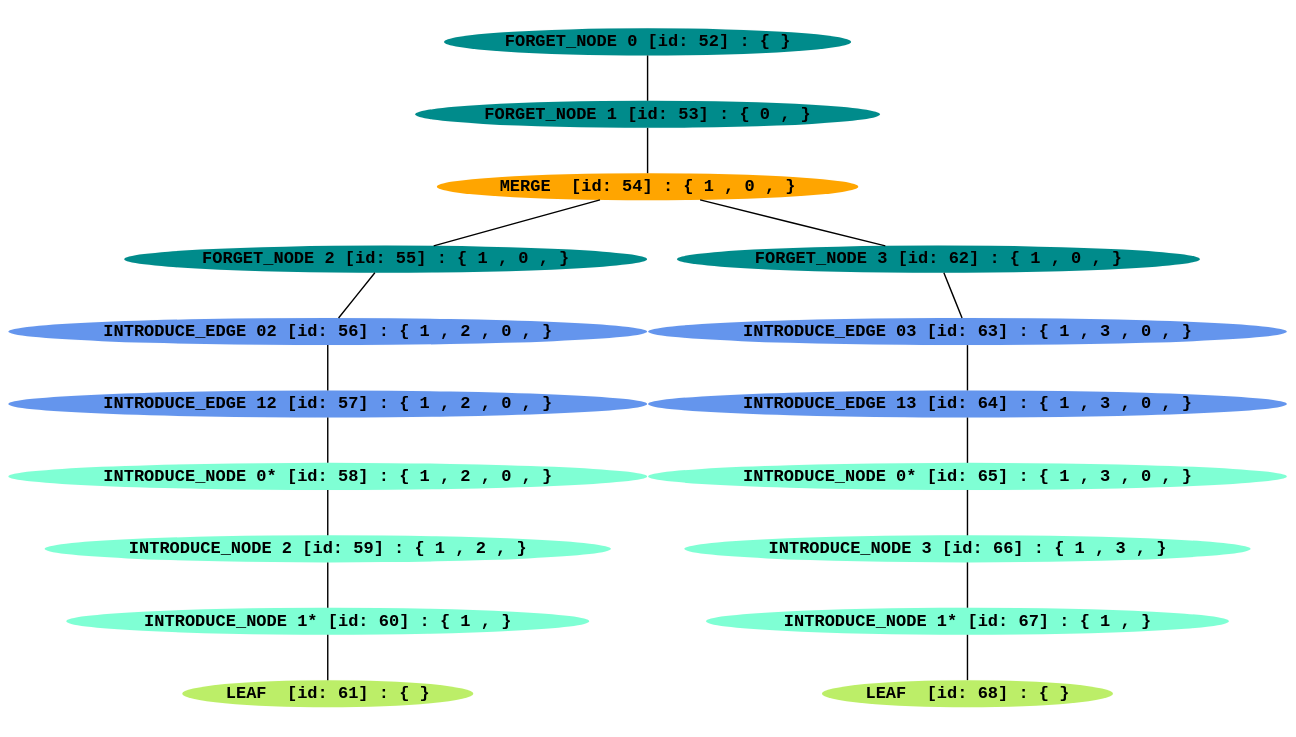
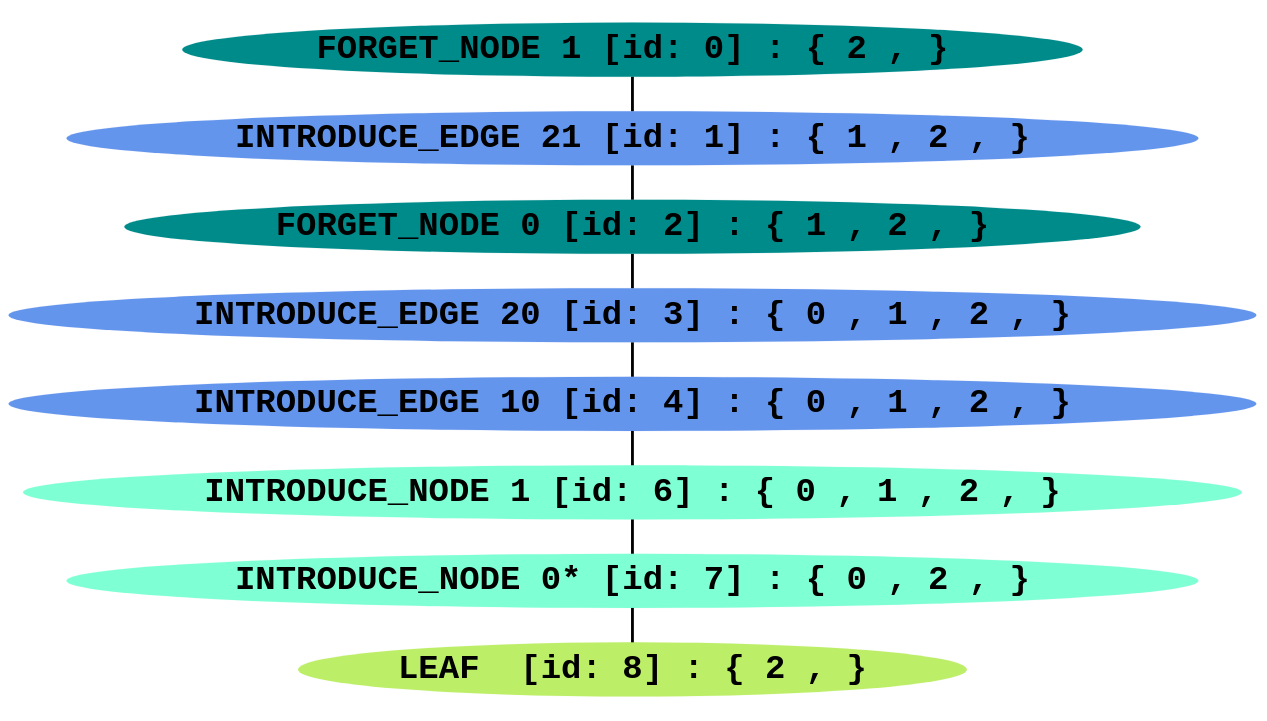
The diagram in example.dot (polapl/Cut-and-Count), drawn with Graphviz before and after one commit. The commit also changed 1 other file, not shown here.

```diff
--- a/example.dot
+++ b/example.dot
@@ -1,39 +1,21 @@
 graph G {
 ratio = fill;
 size = "16, 9";
 node [fontsize = 300, fontname="Courier-Bold"];
 edge [penwidth = 25, layer="background", arrowhead=vee, arrowsize=25.0];
-52 [label= "FORGET_NODE 0 [id: 52] : { }", color=cyan4, style=filled]
-53 [label= "FORGET_NODE 1 [id: 53] : { 0 , }", color=cyan4, style=filled]
-52 -- 53;
-54 [label= "MERGE  [id: 54] : { 1 , 0 , }", color=orange1, style=filled]
-53 -- 54;
-55 [label= "FORGET_NODE 2 [id: 55] : { 1 , 0 , }", color=cyan4, style=filled]
-54 -- 55;
-62 [label= "FORGET_NODE 3 [id: 62] : { 1 , 0 , }", color=cyan4, style=filled]
-54 -- 62;
-56 [label= "INTRODUCE_EDGE 02 [id: 56] : { 1 , 2 , 0 , }", color=cornflowerblue, style=filled]
-55 -- 56;
-63 [label= "INTRODUCE_EDGE 03 [id: 63] : { 1 , 3 , 0 , }", color=cornflowerblue, style=filled]
-62 -- 63;
-57 [label= "INTRODUCE_EDGE 12 [id: 57] : { 1 , 2 , 0 , }", color=cornflowerblue, style=filled]
-56 -- 57;
-64 [label= "INTRODUCE_EDGE 13 [id: 64] : { 1 , 3 , 0 , }", color=cornflowerblue, style=filled]
-63 -- 64;
-58 [label= "INTRODUCE_NODE 0* [id: 58] : { 1 , 2 , 0 , }", color=aquamarine, style=filled]
-57 -- 58;
-65 [label= "INTRODUCE_NODE 0* [id: 65] : { 1 , 3 , 0 , }", color=aquamarine, style=filled]
-64 -- 65;
-59 [label= "INTRODUCE_NODE 2 [id: 59] : { 1 , 2 , }", color=aquamarine, style=filled]
-58 -- 59;
-66 [label= "INTRODUCE_NODE 3 [id: 66] : { 1 , 3 , }", color=aquamarine, style=filled]
-65 -- 66;
-60 [label= "INTRODUCE_NODE 1* [id: 60] : { 1 , }", color=aquamarine, style=filled]
-59 -- 60;
-67 [label= "INTRODUCE_NODE 1* [id: 67] : { 1 , }", color=aquamarine, style=filled]
-66 -- 67;
-61 [label= "LEAF  [id: 61] : { }", color=darkolivegreen2, style=filled]
-60 -- 61;
-68 [label= "LEAF  [id: 68] : { }", color=darkolivegreen2, style=filled]
-67 -- 68;
+0 [label= "FORGET_NODE 1 [id: 0] : { 2 , }", color=cyan4, style=filled]
+1 [label= "INTRODUCE_EDGE 21 [id: 1] : { 1 , 2 , }", color=cornflowerblue, style=filled]
+0 -- 1;
+2 [label= "FORGET_NODE 0 [id: 2] : { 1 , 2 , }", color=cyan4, style=filled]
+1 -- 2;
+3 [label= "INTRODUCE_EDGE 20 [id: 3] : { 0 , 1 , 2 , }", color=cornflowerblue, style=filled]
+2 -- 3;
+4 [label= "INTRODUCE_EDGE 10 [id: 4] : { 0 , 1 , 2 , }", color=cornflowerblue, style=filled]
+3 -- 4;
+6 [label= "INTRODUCE_NODE 1 [id: 6] : { 0 , 1 , 2 , }", color=aquamarine, style=filled]
+4 -- 6;
+7 [label= "INTRODUCE_NODE 0* [id: 7] : { 0 , 2 , }", color=aquamarine, style=filled]
+6 -- 7;
+8 [label= "LEAF  [id: 8] : { 2 , }", color=darkolivegreen2, style=filled]
+7 -- 8;
 }
```
